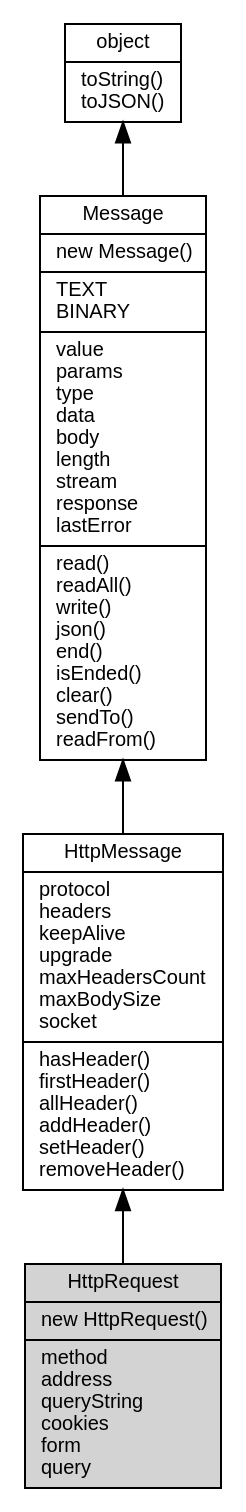
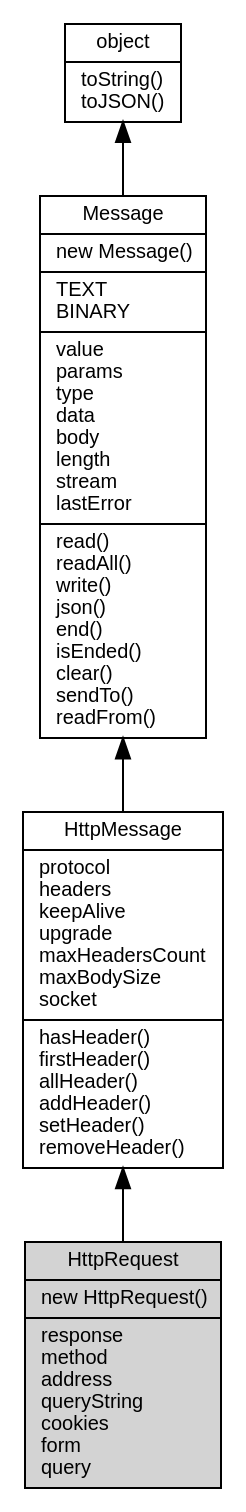
One commit to fibjs/fibjs.org changed the diagram in docs/manual/object/ifs/HttpRequest.md. Above: the diagram before and after it, drawn with Graphviz. The commit also changed other lines of this file and 20 other files, not shown here.

````diff
--- a/docs/manual/object/ifs/HttpRequest.md
+++ b/docs/manual/object/ifs/HttpRequest.md
@@ -5,14 +5,14 @@
 ```dot
 digraph {
     node [fontname="Helvetica,sans-Serif", fontsize=10, shape="record", style="filled", fillcolor="white"];
 
     object [tooltip="object", URL="object.md", label="{object|toString()\ltoJSON()\l}"];
-    Message [tooltip="Message", URL="Message.md", label="{Message|new Message()\l|TEXT\lBINARY\l|value\lparams\ltype\ldata\lbody\llength\lstream\lresponse\llastError\l|read()\lreadAll()\lwrite()\ljson()\lend()\lisEnded()\lclear()\lsendTo()\lreadFrom()\l}"];
+    Message [tooltip="Message", URL="Message.md", label="{Message|new Message()\l|TEXT\lBINARY\l|value\lparams\ltype\ldata\lbody\llength\lstream\llastError\l|read()\lreadAll()\lwrite()\ljson()\lend()\lisEnded()\lclear()\lsendTo()\lreadFrom()\l}"];
     HttpMessage [tooltip="HttpMessage", URL="HttpMessage.md", label="{HttpMessage|protocol\lheaders\lkeepAlive\lupgrade\lmaxHeadersCount\lmaxBodySize\lsocket\l|hasHeader()\lfirstHeader()\lallHeader()\laddHeader()\lsetHeader()\lremoveHeader()\l}"];
-    HttpRequest [tooltip="HttpRequest", fillcolor="lightgray", id="me", label="{HttpRequest|new HttpRequest()\l|method\laddress\lqueryString\lcookies\lform\lquery\l}"];
+    HttpRequest [tooltip="HttpRequest", fillcolor="lightgray", id="me", label="{HttpRequest|new HttpRequest()\l|response\lmethod\laddress\lqueryString\lcookies\lform\lquery\l}"];
 
     object -> Message [dir=back];
     Message -> HttpMessage [dir=back];
     HttpMessage -> HttpRequest [dir=back];
 }
 ```
````
